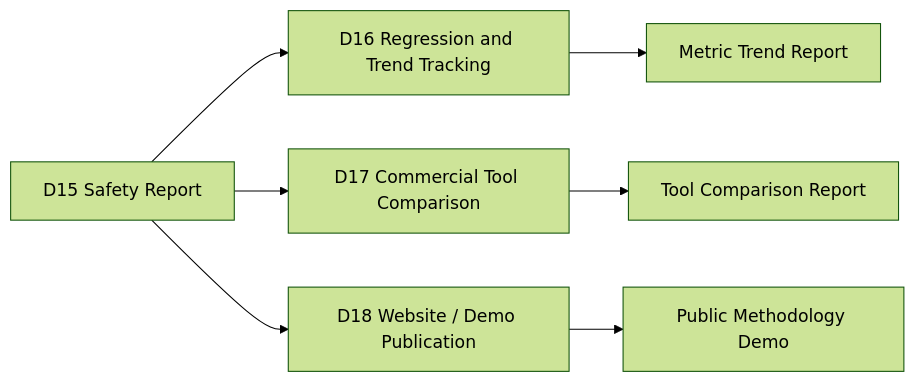
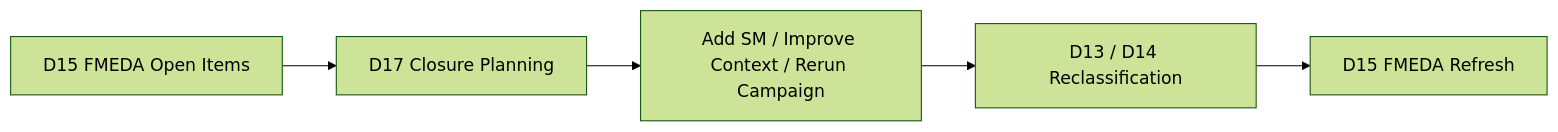
Before and after one commit to qiqixixi1001/automotive-safeic-practice: diagram 12 of 12 in articles/15_automotive_safeic_practice_d15_github_en_safety_report_generation.md, drawn with Mermaid (forest theme). The commit also changed other lines of this file, not shown here.

````diff
--- a/articles/15_automotive_safeic_practice_d15_github_en_safety_report_generation.md
+++ b/articles/15_automotive_safeic_practice_d15_github_en_safety_report_generation.md
@@ -1193,9 +1228,7 @@
 ```mermaid
 flowchart LR
-    A[D15 Safety Report] --> B[D16 Regression and Trend Tracking]
-    A --> C[D17 Commercial Tool Comparison]
-    A --> D[D18 Website / Demo Publication]
-    B --> E[Metric Trend Report]
-    C --> F[Tool Comparison Report]
-    D --> G[Public Methodology Demo]
+    A[D15 FMEDA Open Items] --> B[D17 Closure Planning]
+    B --> C[Add SM / Improve Context / Rerun Campaign]
+    C --> D[D13 / D14 Reclassification]
+    D --> E[D15 FMEDA Refresh]
 ```
````
